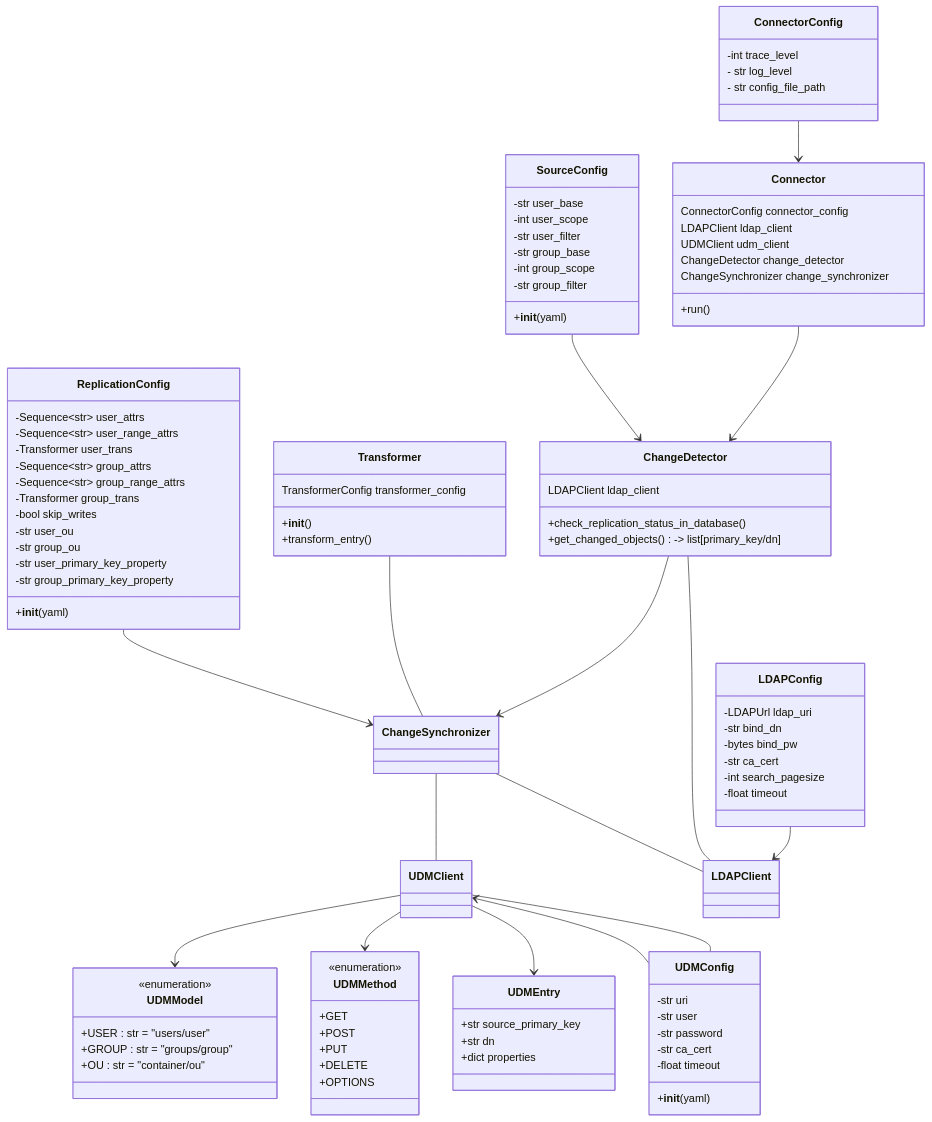
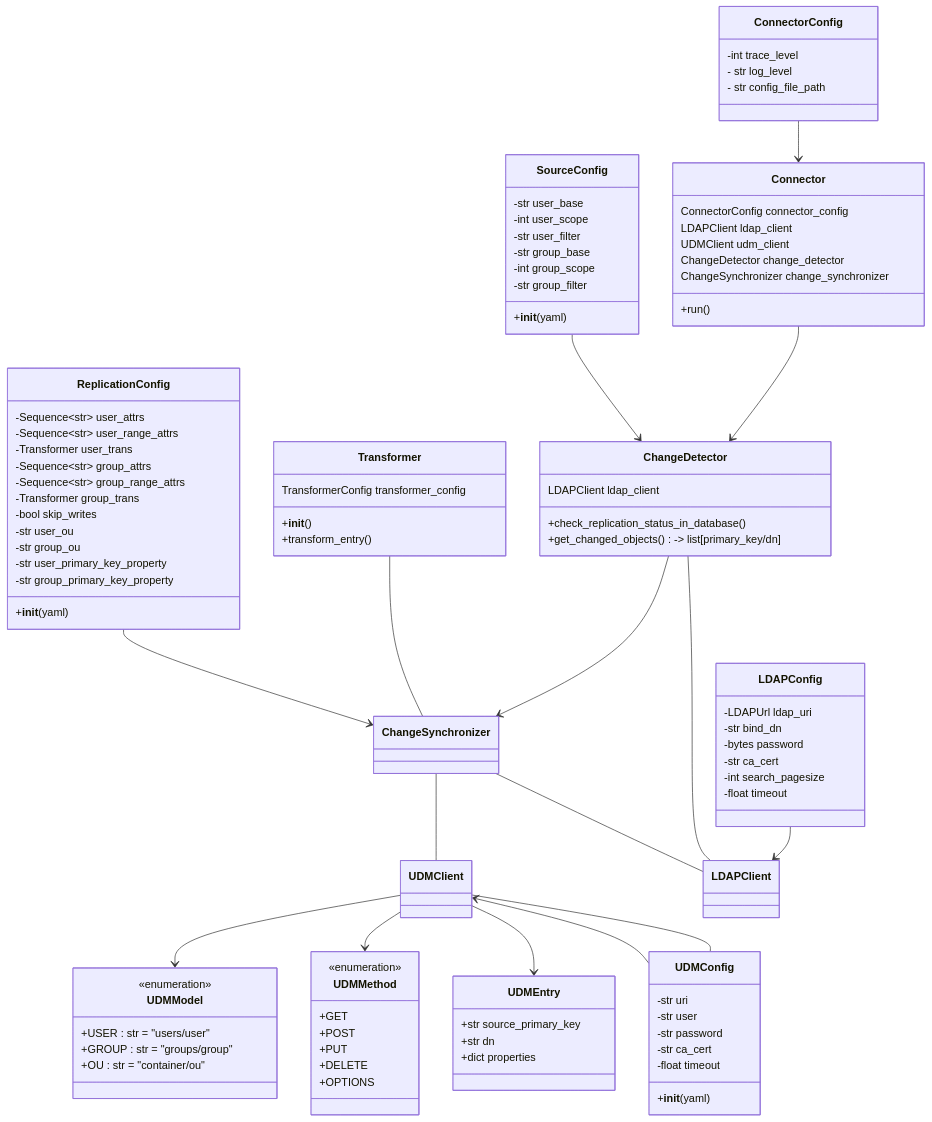
One commit to univention/nubus-directory-importer changed the diagram in docs/future_state_uml_class_diagram.md. Above: the diagram before and after it, drawn with Mermaid. The commit also changed 9 other files, not shown here.

```diff
--- a/docs/future_state_uml_class_diagram.md
+++ b/docs/future_state_uml_class_diagram.md
@@ -34,7 +34,7 @@
     class LDAPConfig {
         -LDAPUrl ldap_uri
         -str bind_dn
-        -bytes bind_pw
+        -bytes password
         -str ca_cert
         -int search_pagesize
         -float timeout
```
